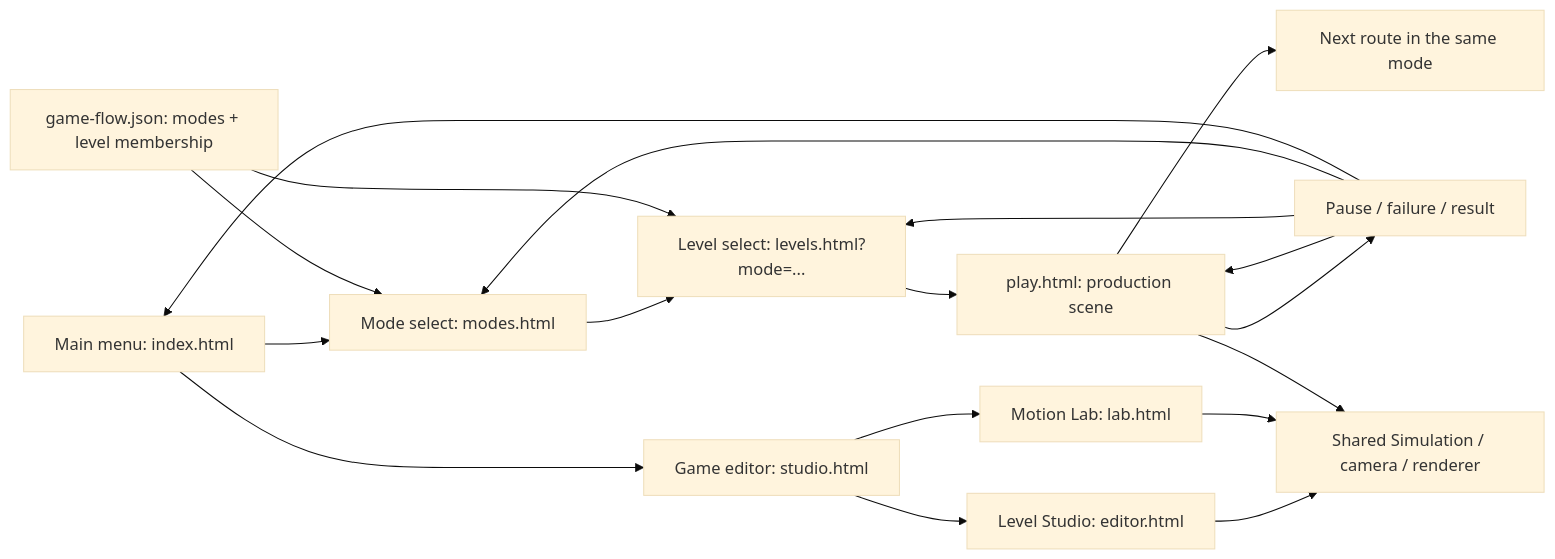
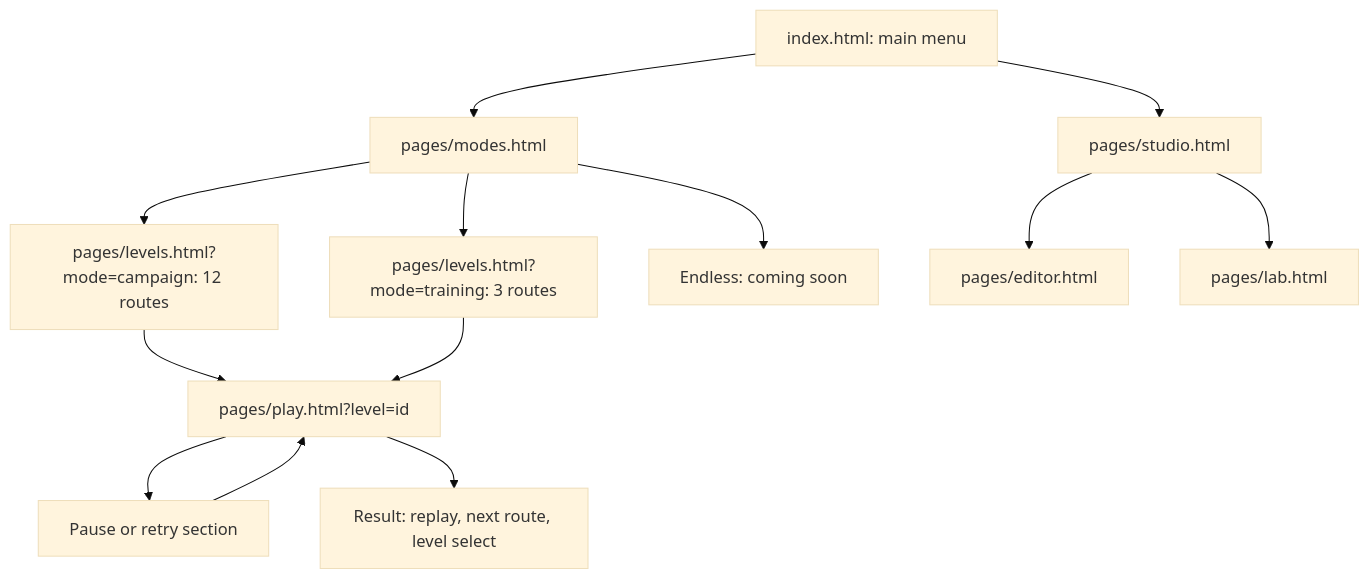
Before and after one commit to spathering/polyu-ap-a3: the diagram in Documents/Current/game-flow.md, drawn with Mermaid (base theme). The commit also changed other lines of this file and 91 other files, not shown here.

Commit message:
Improve parkour flow, expand districts, and add city audio

````diff
--- a/Documents/Current/game-flow.md
+++ b/Documents/Current/game-flow.md
@@ -18,20 +5,14 @@
 ```mermaid
-flowchart LR
-    Home["Main menu: index.html"] --> Modes["Mode select: modes.html"]
-    Modes --> Select["Level select: levels.html?mode=..."]
-    Catalogue["game-flow.json: modes + level membership"] --> Modes
-    Catalogue --> Select
-    Select --> Play["play.html: production scene"]
-    Play --> Pause["Pause / failure / result"]
-    Pause --> Play
-    Pause --> Select
-    Pause --> Modes
-    Pause --> Home
-    Play --> Next["Next route in the same mode"]
-    Home --> Hub["Game editor: studio.html"]
-    Hub --> Editor["Level Studio: editor.html"]
-    Hub --> Lab["Motion Lab: lab.html"]
-    Editor --> Sim["Shared Simulation / camera / renderer"]
-    Lab --> Sim
-    Play --> Sim
+flowchart TD
+  Home[index.html: main menu] --> Modes[pages/modes.html]
+  Modes --> Campaign[pages/levels.html?mode=campaign: 12 routes]
+  Modes --> Training[pages/levels.html?mode=training: 3 routes]
+  Modes --> Endless[Endless: coming soon]
+  Campaign --> Play[pages/play.html?level=id]
+  Training --> Play
+  Play --> Pause[Pause or retry section] --> Play
+  Play --> Complete[Result: replay, next route, level select]
+  Home --> Studio[pages/studio.html]
+  Studio --> Editor[pages/editor.html]
+  Studio --> Lab[pages/lab.html]
 ```
````
